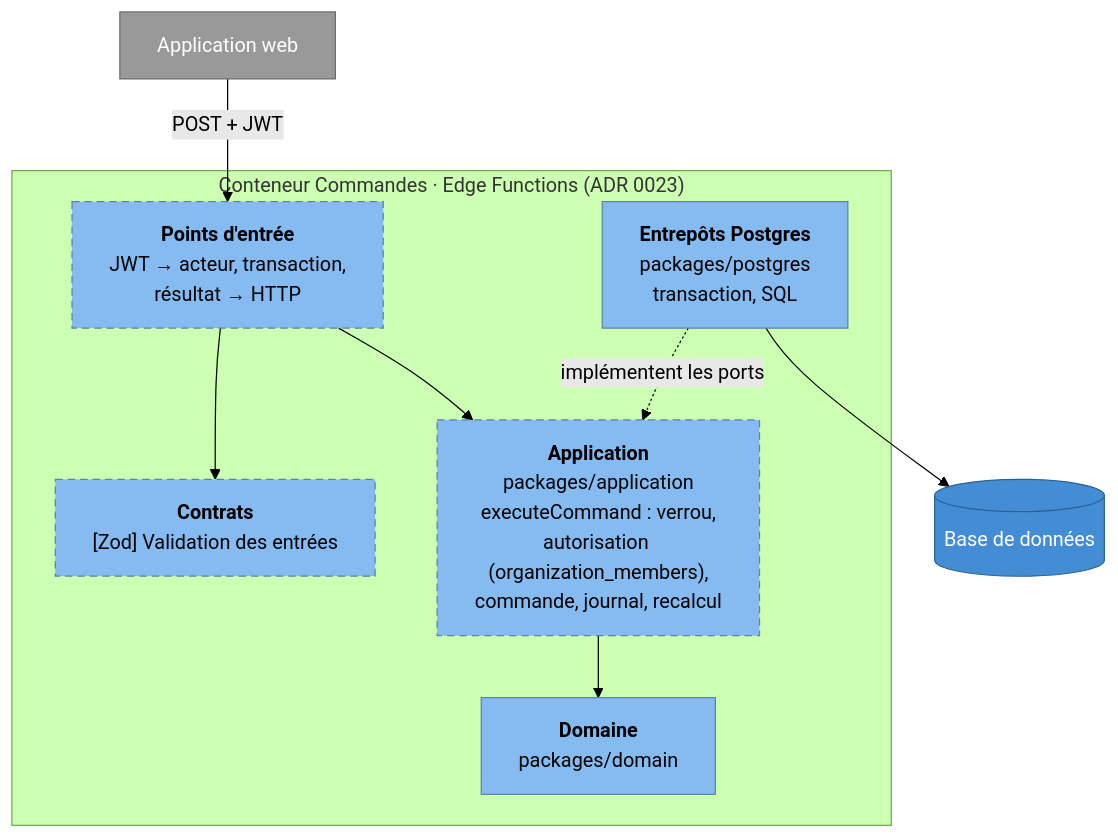
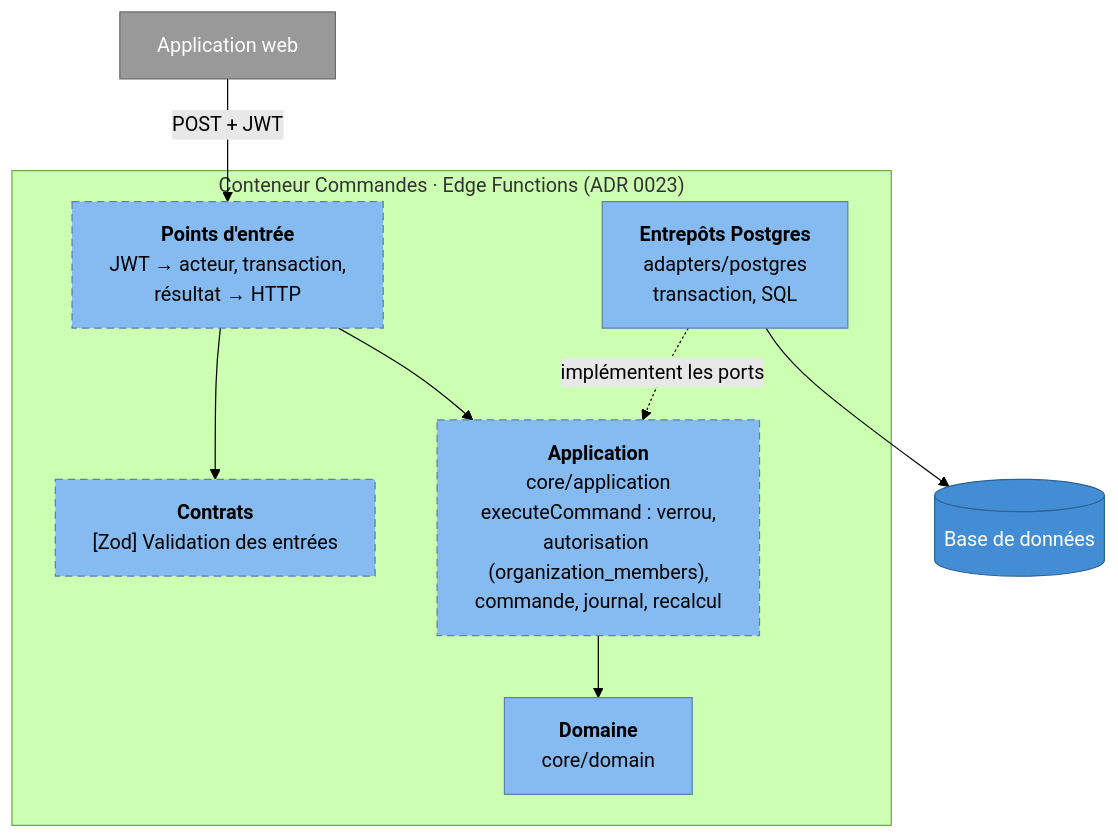
The fourth of 5 diagrams in docs/architecture/c4.md (Charkx/Arrakard), drawn with Mermaid (forest theme) before and after one commit. The commit also changed other lines of this file and 123 other files, not shown here.

Commit message:
chore: ranger les paquets par couche, core, adapters, tools (ADR 0025)

````diff
--- a/docs/architecture/c4.md
+++ b/docs/architecture/c4.md
@@ -127,26 +127,26 @@
 ```mermaid
 flowchart TB
   classDef planned fill:#85bbf0,stroke:#5d82a8,color:#000,stroke-dasharray:6 4
   classDef component fill:#85bbf0,stroke:#5d82a8,color:#000
   classDef external fill:#999,stroke:#6b6b6b,color:#fff
   classDef db fill:#438dd5,stroke:#2e6295,color:#fff
 
   web["Application web"]:::external
 
   subgraph commands["Conteneur Commandes · Edge Functions (ADR 0023)"]
     handler["<b>Points d'entrée</b><br/>JWT → acteur, transaction,<br/>résultat → HTTP"]:::planned
     contracts["<b>Contrats</b><br/>[Zod] Validation des entrées"]:::planned
-    app["<b>Application</b><br/>packages/application<br/>executeCommand : verrou,<br/>autorisation (organization_members),<br/>commande, journal, recalcul"]:::planned
-    repos["<b>Entrepôts Postgres</b><br/>packages/postgres<br/>transaction, SQL"]:::component
-    domain["<b>Domaine</b><br/>packages/domain"]:::component
+    app["<b>Application</b><br/>core/application<br/>executeCommand : verrou,<br/>autorisation (organization_members),<br/>commande, journal, recalcul"]:::planned
+    repos["<b>Entrepôts Postgres</b><br/>adapters/postgres<br/>transaction, SQL"]:::component
+    domain["<b>Domaine</b><br/>core/domain"]:::component
   end
 
   db[("Base de données")]:::db
 
   web -->|"POST + JWT"| handler
   handler --> contracts
   handler --> app
   app --> domain
   repos -. implémentent les ports .-> app
   repos --> db
 ```
````
